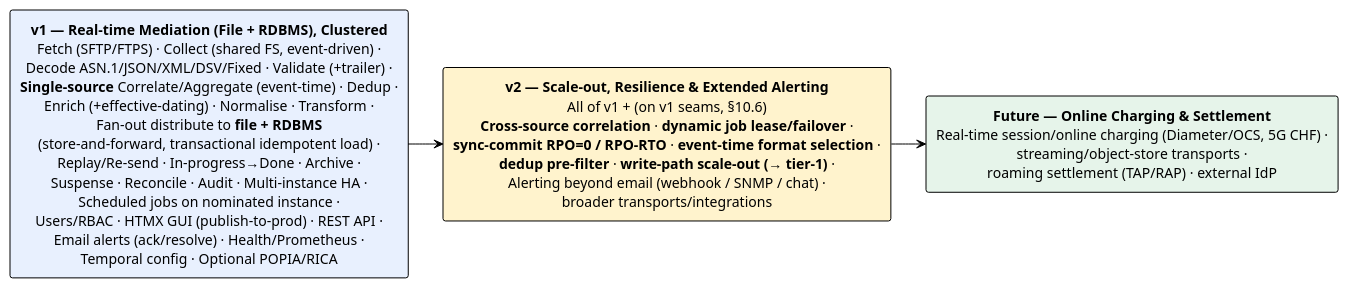
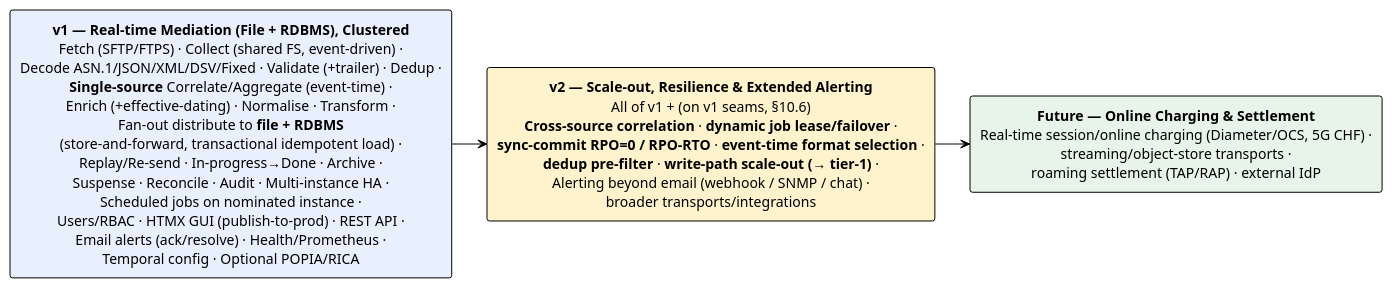
One commit to pgvanniekerk/baasparse changed the diagram in docs/brs/10-roadmap.md. Above: the diagram before and after it, drawn with PlantUML. The commit also changed other lines of this file and 11 other files, not shown here.

````diff
--- a/docs/brs/10-roadmap.md
+++ b/docs/brs/10-roadmap.md
@@ -7,15 +7,15 @@
 ```plantuml
 @startuml roadmap
 !theme plain
 skinparam defaultTextAlignment center
 
-rectangle "**v1 — Real-time Mediation (File + RDBMS), Clustered**\nFetch (SFTP/FTPS) · Collect (shared FS, event-driven) ·\nDecode ASN.1/JSON/XML/DSV/Fixed · Validate (+trailer) ·\n**Single-source** Correlate/Aggregate (event-time) · Dedup ·\nEnrich (+effective-dating) · Normalise · Transform ·\nFan-out distribute to **file + RDBMS**\n(store-and-forward, transactional idempotent load) ·\nReplay/Re-send · In-progress→Done · Archive ·\nSuspense · Reconcile · Audit · Multi-instance HA ·\nScheduled jobs on nominated instance ·\nUsers/RBAC · HTMX GUI (publish-to-prod) · REST API ·\nEmail alerts (ack/resolve) · Health/Prometheus ·\nTemporal config · Optional POPIA/RICA" as V1 #E8F0FE
+rectangle "**v1 — Real-time Mediation (File + RDBMS), Clustered**\nFetch (SFTP/FTPS) · Collect (shared FS, event-driven) ·\nDecode ASN.1/JSON/XML/DSV/Fixed · Validate (+trailer) · Dedup ·\n**Single-source** Correlate/Aggregate (event-time) ·\nEnrich (+effective-dating) · Normalise · Transform ·\nFan-out distribute to **file + RDBMS**\n(store-and-forward, transactional idempotent load) ·\nReplay/Re-send · In-progress→Done · Archive ·\nSuspense · Reconcile · Audit · Multi-instance HA ·\nScheduled jobs on nominated instance ·\nUsers/RBAC · HTMX GUI (publish-to-prod) · REST API ·\nEmail alerts (ack/resolve) · Health/Prometheus ·\nTemporal config · Optional POPIA/RICA" as V1 #E8F0FE
 
 rectangle "**v2 — Scale-out, Resilience & Extended Alerting**\nAll of v1 + (on v1 seams, §10.6)\n**Cross-source correlation** · **dynamic job lease/failover** ·\n**sync-commit RPO=0 / RPO-RTO** · **event-time format selection** ·\n**dedup pre-filter** · **write-path scale-out (→ tier-1)** ·\nAlerting beyond email (webhook / SNMP / chat) ·\nbroader transports/integrations" as V2 #FFF3CD
 
 rectangle "**Future — Online Charging & Settlement**\nReal-time session/online charging (Diameter/OCS, 5G CHF) ·\nstreaming/object-store transports ·\nroaming settlement (TAP/RAP) · external IdP" as VF #E6F4EA
 
 V1 -right-> V2
 V2 -right-> VF
 @enduml
 ```
````
